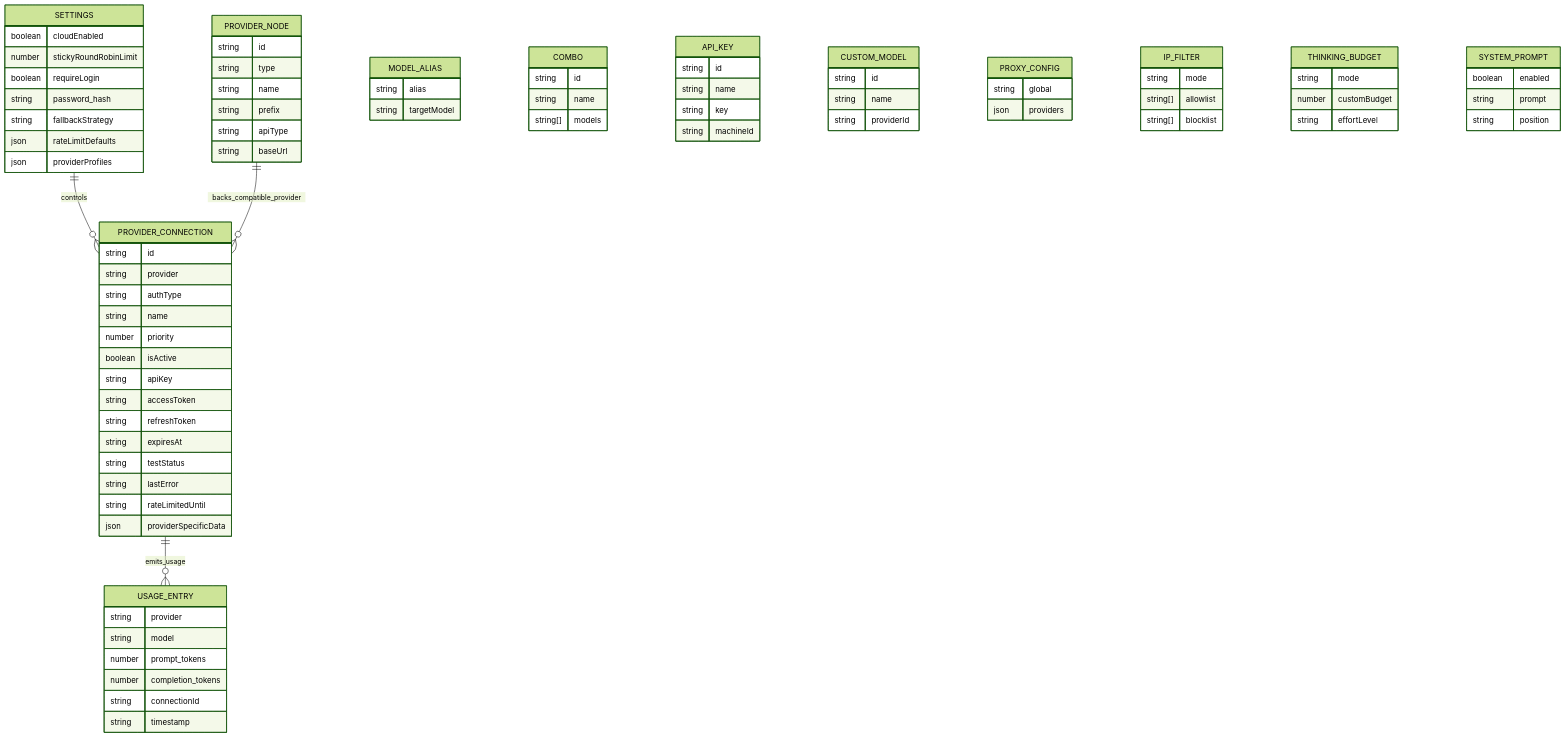
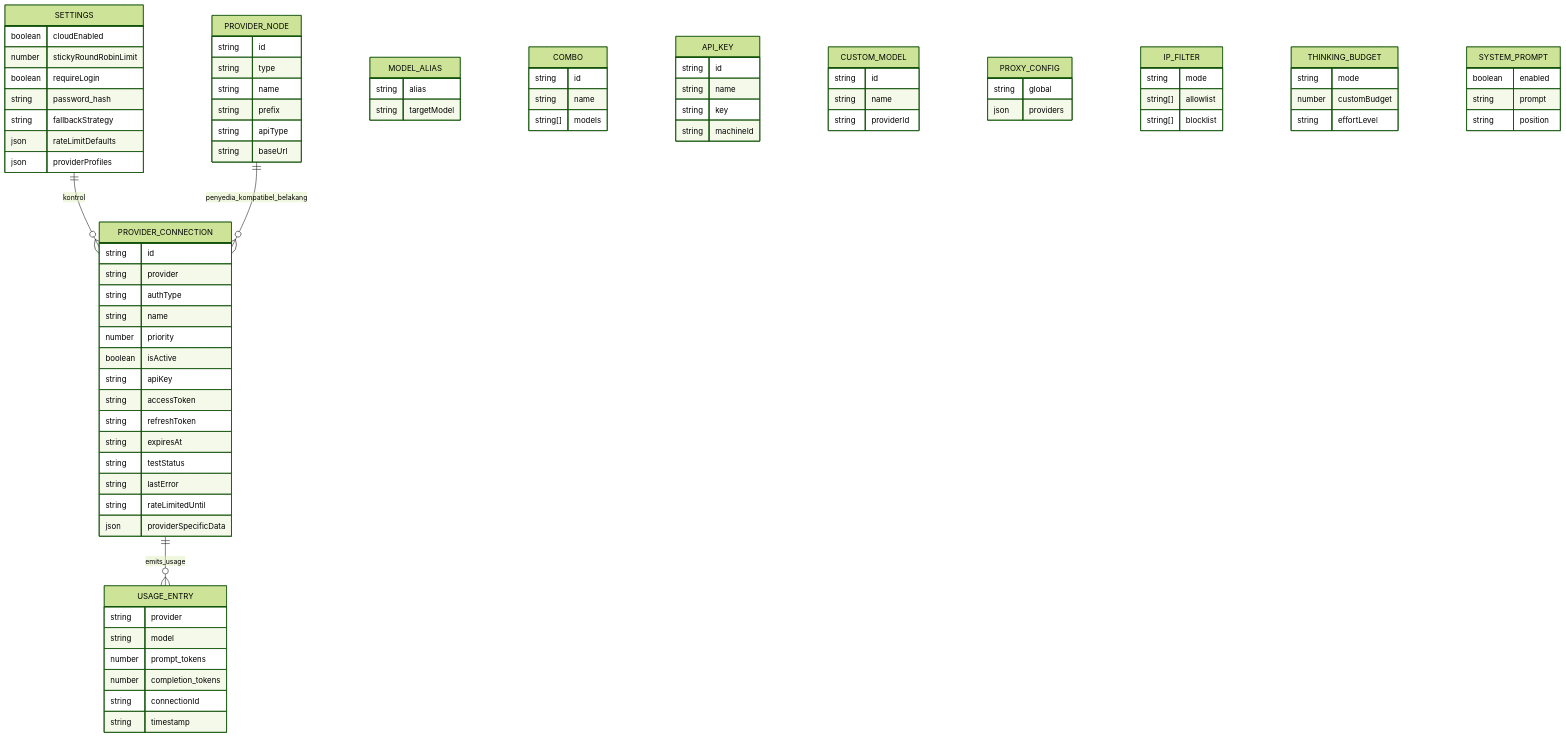
One commit to niyatna/NiyatnaRoute changed the sixth of 7 diagrams in docs/i18n/id/docs/architecture/ARCHITECTURE.md. Above: the diagram before and after it, drawn with Mermaid (forest theme). The commit also changed other lines of this file and 2447 other files, not shown here.

````diff
--- a/docs/i18n/id/docs/architecture/ARCHITECTURE.md
+++ b/docs/i18n/id/docs/architecture/ARCHITECTURE.md
@@ -701,7 +475,7 @@
 ```mermaid
 erDiagram
-    SETTINGS ||--o{ PROVIDER_CONNECTION : controls
-    PROVIDER_NODE ||--o{ PROVIDER_CONNECTION : backs_compatible_provider
+    SETTINGS ||--o{ PROVIDER_CONNECTION : kontrol
+    PROVIDER_NODE ||--o{ PROVIDER_CONNECTION : penyedia_kompatibel_belakang
     PROVIDER_CONNECTION ||--o{ USAGE_ENTRY : emits_usage
 
     SETTINGS {
````
